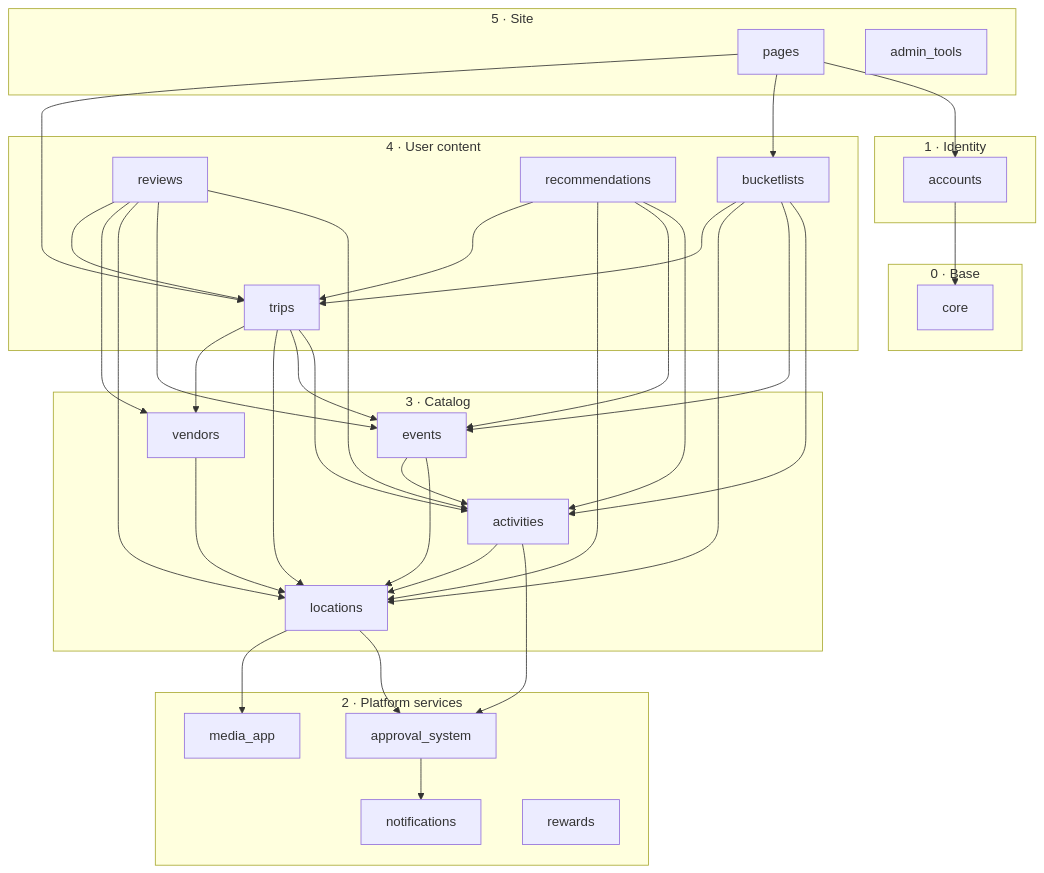
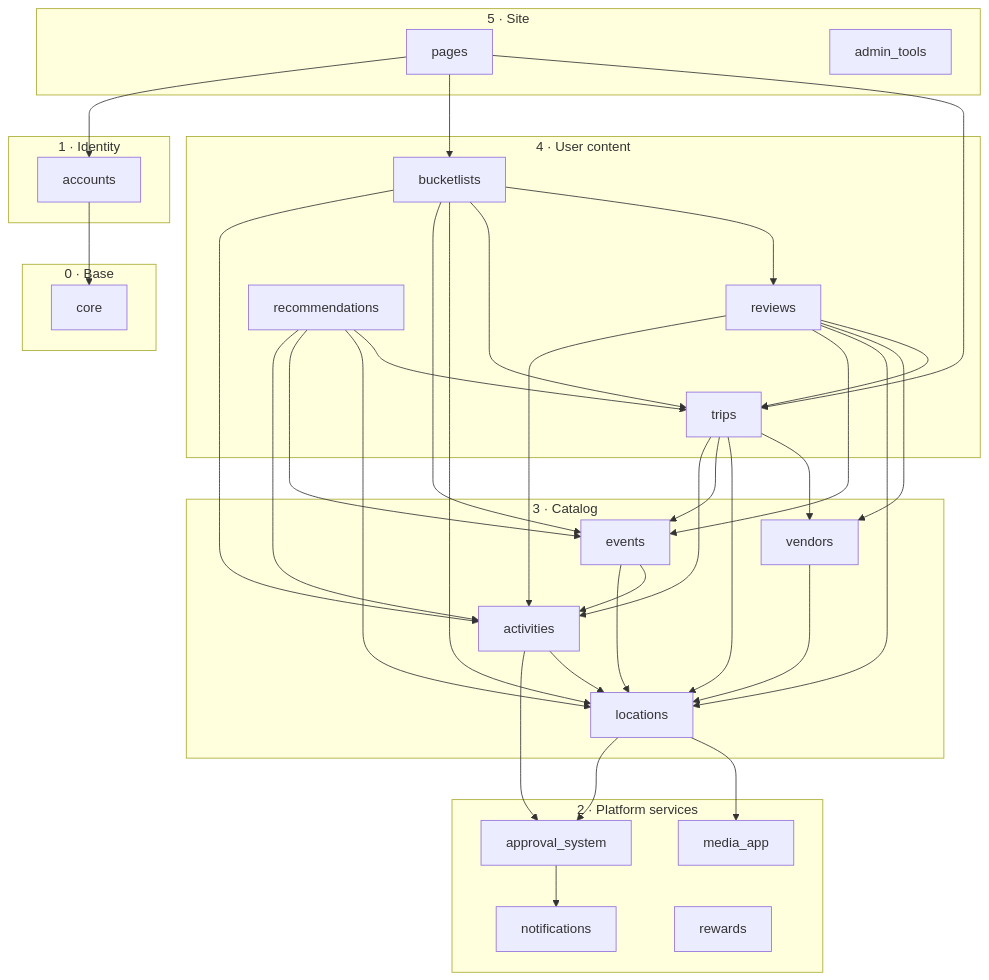
One commit to jjennings308/django-travel-site changed the diagram in docs/architecture/app_dependencies.md. Above: the diagram before and after it, drawn with Mermaid. The commit also changed 40 other files, not shown here.

````diff
--- a/docs/architecture/app_dependencies.md
+++ b/docs/architecture/app_dependencies.md
@@ -12,74 +12,75 @@
 ```mermaid
 graph TD
 
     subgraph L5["5 · Site"]
         pages
         admin_tools
     end
 
     subgraph L4["4 · User content"]
         bucketlists
         trips
         reviews
         recommendations
     end
 
     subgraph L3["3 · Catalog"]
         locations
         activities
         vendors
         events
     end
 
     subgraph L2["2 · Platform services"]
         notifications
         media_app
         approval_system
         rewards
     end
 
     subgraph L1["1 · Identity"]
         accounts
     end
 
     subgraph L0["0 · Base"]
         core
     end
 
     pages --> accounts
     pages --> bucketlists
     pages --> trips
 
     bucketlists --> activities
     bucketlists --> events
     bucketlists --> locations
     bucketlists --> trips
+    bucketlists --> reviews
 
     trips --> activities
     trips --> events
     trips --> locations
     trips --> vendors
 
     reviews --> activities
     reviews --> events
     reviews --> locations
     reviews --> vendors
     reviews --> trips
 
     recommendations --> activities
     recommendations --> events
     recommendations --> locations
     recommendations --> trips
 
     locations --> approval_system
     locations --> media_app
     activities --> approval_system
     activities --> locations
     vendors --> locations
     events --> locations
     events --> activities
 
     approval_system --> notifications
 
     accounts --> core
 ```
````
